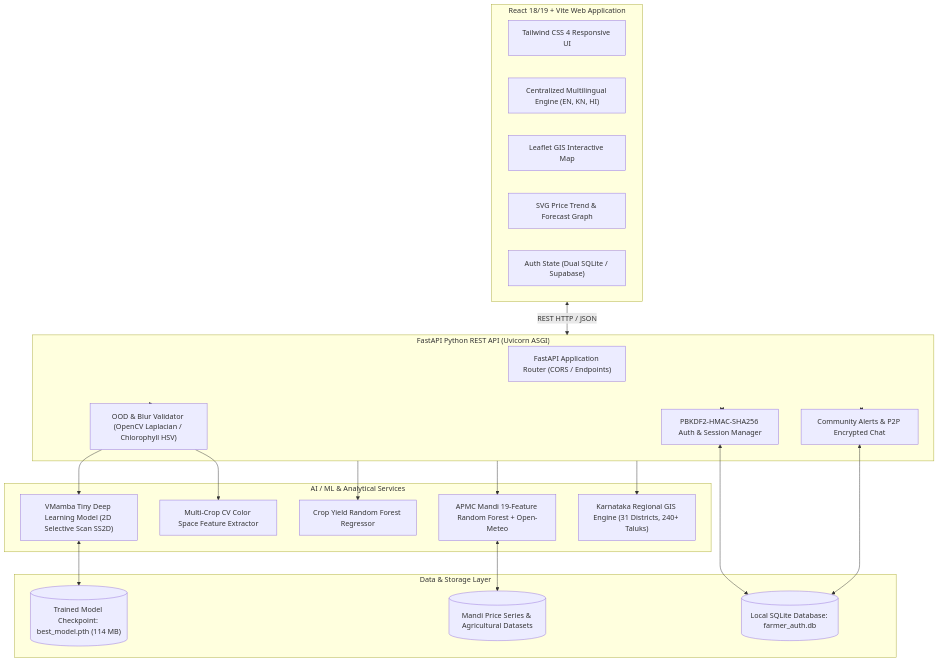
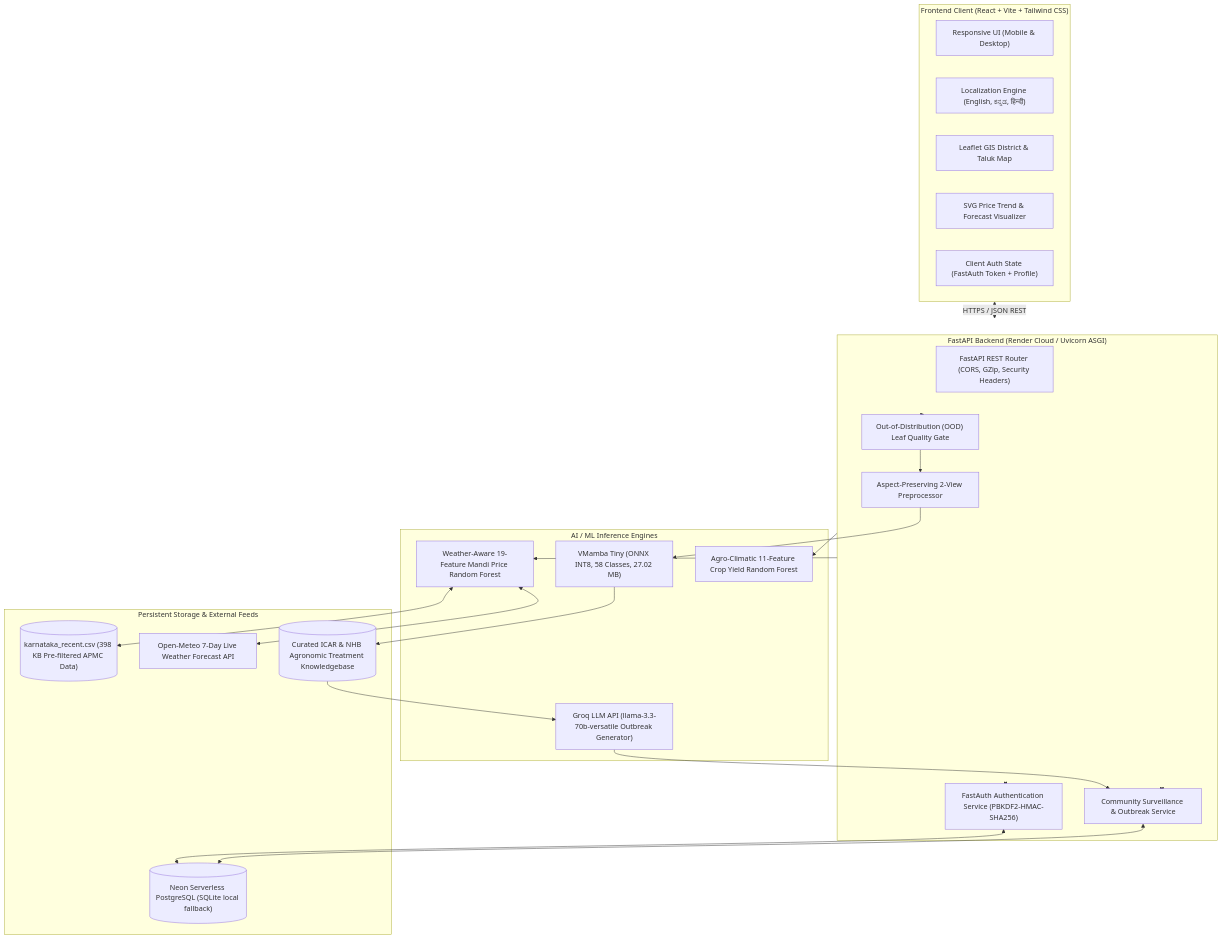
The diagram in README.md (mdkhalanderk/ai-smart-farming-system), drawn with Mermaid before and after one commit. The commit also changed other lines of this file, not shown here.

Commit message:
docs: update comprehensive README and user guide with verified benchmarks and live links

````diff
--- a/README.md
+++ b/README.md
@@ -26,45 +32,43 @@
 ```mermaid
 flowchart TD
-    subgraph Frontend["React 18/19 + Vite Web Application"]
-        UI["Tailwind CSS 4 Responsive UI"]
-        i18n["Centralized Multilingual Engine (EN, KN, HI)"]
-        Map["Leaflet GIS Interactive Map"]
-        Chart["SVG Price Trend & Forecast Graph"]
-        AuthContext["Auth State (Dual SQLite / Supabase)"]
+    subgraph Client["Frontend Client (React + Vite + Tailwind CSS)"]
+        UI["Responsive UI (Mobile & Desktop)"]
+        i18n["Localization Engine (English, ಕನ್ನಡ, हिन्दी)"]
+        Map["Leaflet GIS District & Taluk Map"]
+        Chart["SVG Price Trend & Forecast Visualizer"]
+        AuthCtx["Client Auth State (FastAuth Token + Profile)"]
     end
 
-    subgraph Backend["FastAPI Python REST API (Uvicorn ASGI)"]
-        Router["FastAPI Application Router (CORS / Endpoints)"]
-        OOD["OOD & Blur Validator (OpenCV Laplacian / Chlorophyll HSV)"]
-        AuthService["PBKDF2-HMAC-SHA256 Auth & Session Manager"]
-        ComService["Community Alerts & P2P Encrypted Chat"]
+    subgraph Server["FastAPI Backend (Render Cloud / Uvicorn ASGI)"]
+        App["FastAPI REST Router (CORS, GZip, Security Headers)"]
+        OOD["Out-of-Distribution (OOD) Leaf Quality Gate"]
+        TTA["Aspect-Preserving 2-View Preprocessor"]
+        AuthSvc["FastAuth Authentication Service (PBKDF2-HMAC-SHA256)"]
+        CommSvc["Community Surveillance & Outbreak Service"]
     end
 
-    subgraph Engines["AI / ML & Analytical Services"]
-        VMamba["VMamba Tiny Deep Learning Model (2D Selective Scan SS2D)"]
-        CVClassifier["Multi-Crop CV Color Space Feature Extractor"]
-        YieldModel["Crop Yield Random Forest Regressor"]
-        PriceModel["APMC Mandi 19-Feature Random Forest + Open-Meteo"]
-        GISDB["Karnataka Regional GIS Engine (31 Districts, 240+ Taluks)"]
+    subgraph Models["AI / ML Inference Engines"]
+        VMamba["VMamba Tiny (ONNX INT8, 58 Classes, 27.02 MB)"]
+        PriceRF["Weather-Aware 19-Feature Mandi Price Random Forest"]
+        YieldRF["Agro-Climatic 11-Feature Crop Yield Random Forest"]
+        Groq["Groq LLM API (llama-3.3-70b-versatile Outbreak Generator)"]
     end
 
-    subgraph Storage["Data & Storage Layer"]
-        SQLite[("Local SQLite Database: farmer_auth.db")]
-        Datasets[("Mandi Price Series & Agricultural Datasets")]
-        ModelWeights[("Trained Model Checkpoint: best_model.pth (114 MB)")]
+    subgraph Data["Persistent Storage & External Feeds"]
+        DB[("Neon Serverless PostgreSQL (SQLite local fallback)")]
+        MandiCSV[("karnataka_recent.csv (398 KB Pre-filtered APMC Data)")]
+        OpenMeteo["Open-Meteo 7-Day Live Weather Forecast API"]
+        ICARDB[("Curated ICAR & NHB Agronomic Treatment Knowledgebase")]
     end
 
-    Frontend <-->|REST HTTP / JSON| Backend
-    Backend --> OOD
-    OOD --> VMamba
-    OOD --> CVClassifier
-    Backend --> YieldModel
-    Backend --> PriceModel
-    Backend --> GISDB
-    Backend <--> AuthService
-    Backend <--> ComService
-    AuthService <--> SQLite
-    ComService <--> SQLite
-    PriceModel <--> Datasets
-    VMamba <--> ModelWeights
+    Client <-->|HTTPS / JSON REST| Server
+    Server --> OOD --> TTA --> VMamba
+    Server --> PriceRF
+    PriceRF <--> MandiCSV
+    PriceRF <--> OpenMeteo
+    Server --> YieldRF
+    VMamba --> ICARDB
+    ICARDB --> Groq --> CommSvc
+    Server <--> AuthSvc <--> DB
+    Server <--> CommSvc <--> DB
 ```
````
